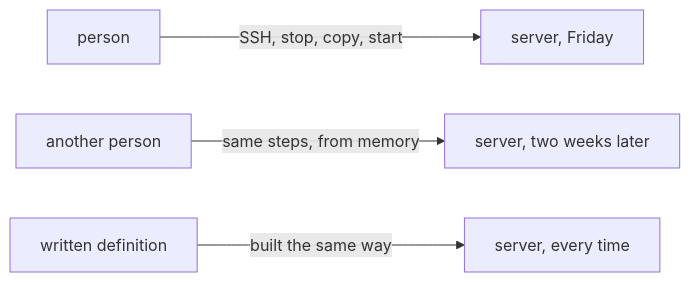
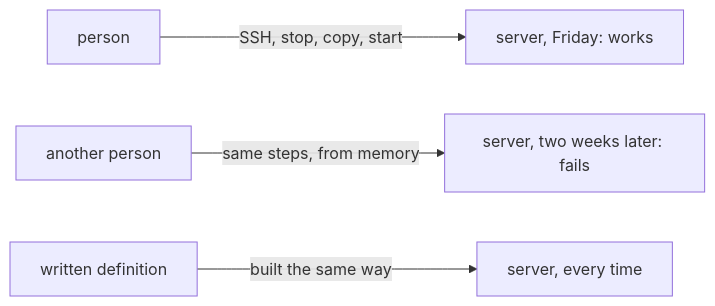
One commit to duyan11110/lo-trinh-architect changed the diagram in content/tracks/devops/deploy-basics/devops.l1.why-not-deploy-by-hand.en.md. Above: the diagram before and after it, drawn with Mermaid. The commit also changed other lines of this file and 3 other files, not shown here.

````diff
--- a/content/tracks/devops/deploy-basics/devops.l1.why-not-deploy-by-hand.en.md
+++ b/content/tracks/devops/deploy-basics/devops.l1.why-not-deploy-by-hand.en.md
@@ -37,6 +37,6 @@
 ```mermaid
 flowchart LR
-  P[person] -->|SSH, stop, copy, start| S1[server, Friday]
-  P2[another person] -->|same steps, from memory| S2[server, two weeks later]
+  P[person] -->|SSH, stop, copy, start| S1[server, Friday: works]
+  P2[another person] -->|same steps, from memory| S2[server, two weeks later: fails]
   D[written definition] -->|built the same way| S3[server, every time]
 ```
````
